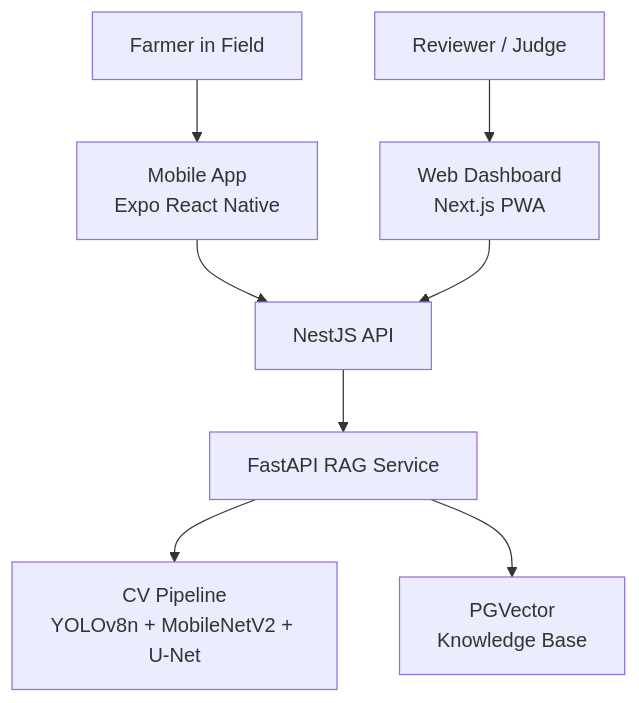
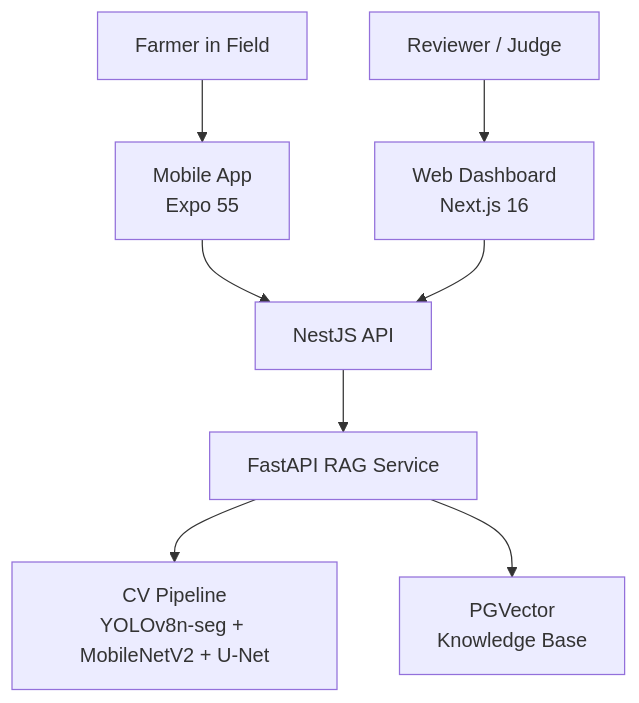
The diagram in README.md (soham25-git/KRISHI-EYE_Webapp-India-Innovates_Open-Innovation), drawn with Mermaid before and after one commit. The commit also changed other lines of this file and 2 other files, not shown here.

Commit message:
docs: final accuracy pass — align versions and env vars with source of truth
- Fixed CV diagram: YOLOv8n -> YOLOv8n-seg
- Fixed Next.js version: 14+ -> 16 (from package.json)
- Fixed AI service env vars to match .env.example
- Aligned Expo/React Native versions across all docs

````diff
--- a/README.md
+++ b/README.md
@@ -33,10 +33,10 @@
 ```mermaid
 graph TB
-    Farmer[Farmer in Field] --> Mobile[Mobile App<br/>Expo React Native]
-    Judge[Reviewer / Judge] --> Web[Web Dashboard<br/>Next.js PWA]
+    Farmer[Farmer in Field] --> Mobile[Mobile App<br/>Expo 55]
+    Judge[Reviewer / Judge] --> Web[Web Dashboard<br/>Next.js 16]
     Mobile --> API[NestJS API]
     Web --> API
     API --> AI[FastAPI RAG Service]
-    AI --> CV[CV Pipeline<br/>YOLOv8n + MobileNetV2 + U-Net]
+    AI --> CV[CV Pipeline<br/>YOLOv8n-seg + MobileNetV2 + U-Net]
     AI --> VectorDB[PGVector<br/>Knowledge Base]
 ```
````
